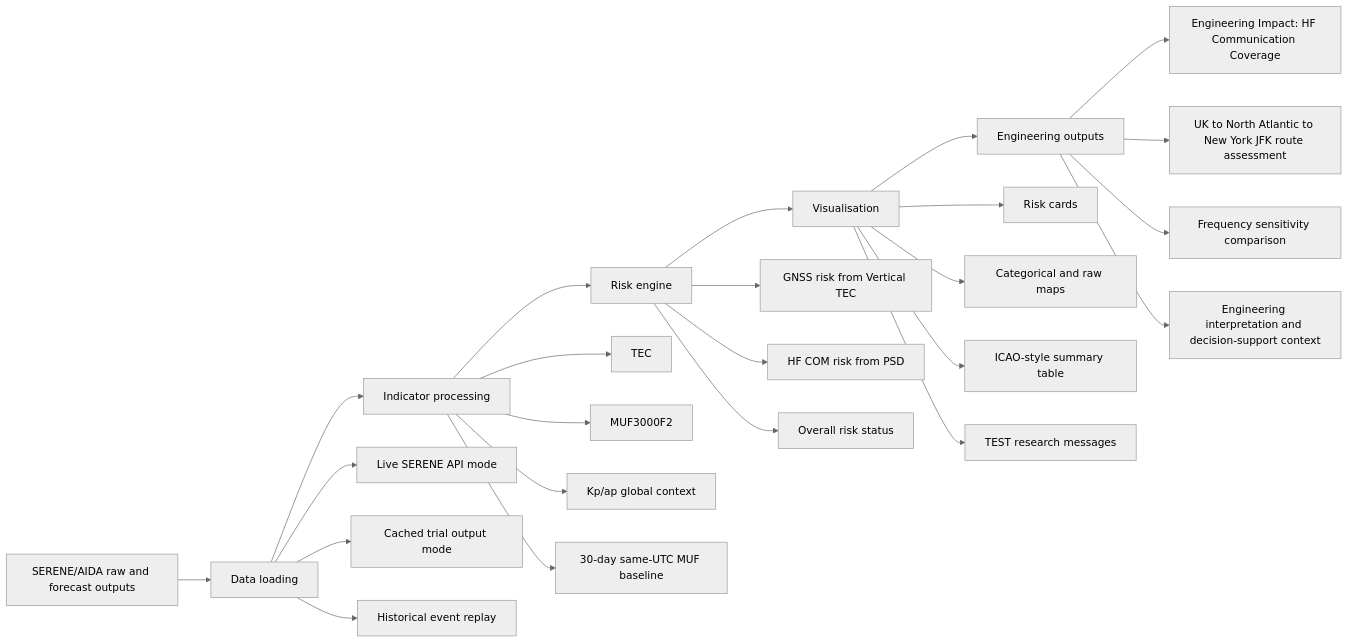
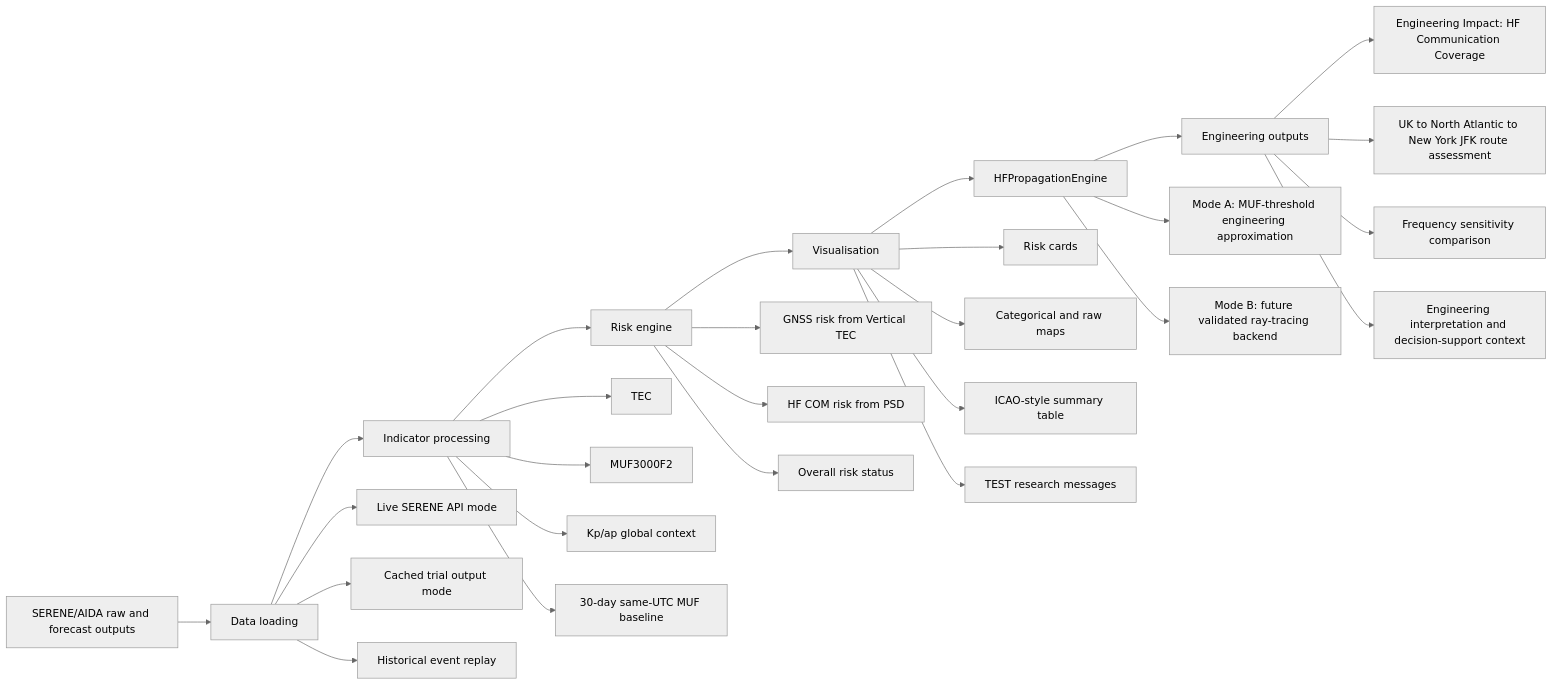
The diagram in docs/architecture_diagram.md (ylianxin2003-droid/primay-test-frist-version), drawn with Mermaid (neutral theme) before and after one commit. The commit also changed other lines of this file and 7 other files, not shown here.

Commit message:
Add HF propagation engine decision support

````diff
--- a/docs/architecture_diagram.md
+++ b/docs/architecture_diagram.md
@@ -6,31 +6,35 @@
 ```mermaid
 flowchart LR
     A["SERENE/AIDA raw and forecast outputs"] --> B["Data loading"]
     B --> C["Indicator processing"]
     C --> D["Risk engine"]
     D --> E["Visualisation"]
-    E --> F["Engineering outputs"]
+    E --> F["HFPropagationEngine"]
+    F --> G["Engineering outputs"]
 
     B --> B1["Live SERENE API mode"]
     B --> B2["Cached trial output mode"]
     B --> B3["Historical event replay"]
 
     C --> C1["TEC"]
     C --> C2["MUF3000F2"]
     C --> C3["Kp/ap global context"]
     C --> C4["30-day same-UTC MUF baseline"]
 
     D --> D1["GNSS risk from Vertical TEC"]
     D --> D2["HF COM risk from PSD"]
     D --> D3["Overall risk status"]
 
     E --> E1["Risk cards"]
     E --> E2["Categorical and raw maps"]
     E --> E3["ICAO-style summary table"]
     E --> E4["TEST research messages"]
 
-    F --> F1["Engineering Impact: HF Communication Coverage"]
-    F --> F2["UK to North Atlantic to New York JFK route assessment"]
-    F --> F3["Frequency sensitivity comparison"]
-    F --> F4["Engineering interpretation and decision-support context"]
+    F --> F0["Mode A: MUF-threshold engineering approximation"]
+    F --> F5["Mode B: future validated ray-tracing backend"]
+
+    G --> G1["Engineering Impact: HF Communication Coverage"]
+    G --> G2["UK to North Atlantic to New York JFK route assessment"]
+    G --> G3["Frequency sensitivity comparison"]
+    G --> G4["Engineering interpretation and decision-support context"]
 ```
````
